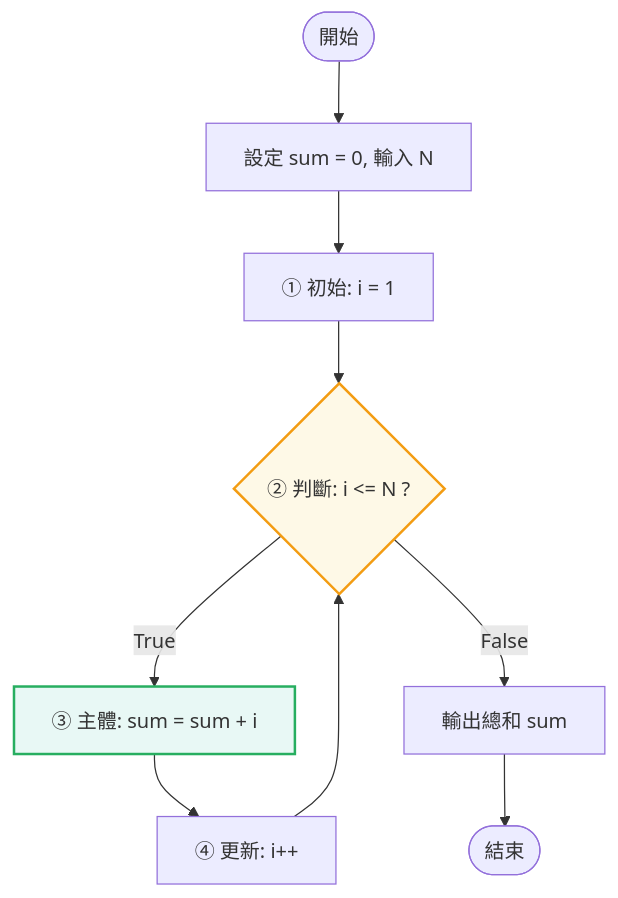
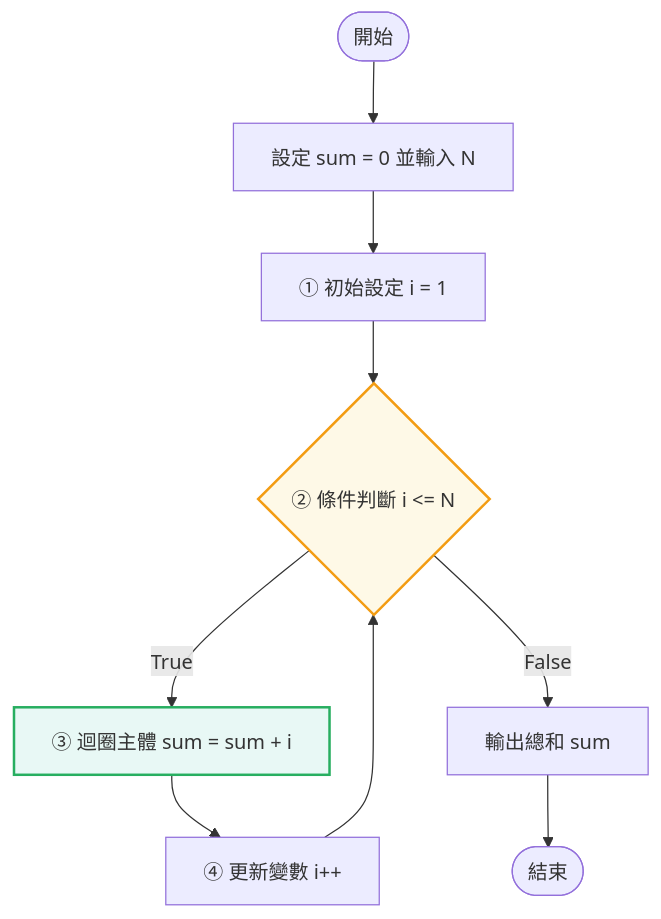
Before and after one commit to BossonYen/loop_5-1: the second of 4 diagrams in README.md, drawn with Mermaid. The commit also changed other lines of this file, not shown here.

```diff
--- a/README.md
+++ b/README.md
@@ -611,14 +588,14 @@
-                    <div class="mermaid">
-                        graph TD
-                            A([開始]) --> B["設定 sum = 0, 輸入 N"]
-                            B --> C["① 初始: i = 1"]
-                            C --> D{"② 判斷: i <= N ?"}
-                            D -- "True" --> E["③ 主體: sum = sum + i"]
-                            E --> F["④ 更新: i++"]
-                            F --> D
-                            D -- "False" --> G["輸出總和 sum"]
-                            G --> H([結束])
-                            
-                            style E fill:#e8f8f5,stroke:#27ae60,stroke-width:2px
-                            style D fill:#fef9e7,stroke:#f39c12,stroke-width:2px
+                    <div class="mermaid notranslate">
+flowchart TD
+    A(["開始"]) --> B["設定 sum = 0 並輸入 N"]
+    B --> C["① 初始設定 i = 1"]
+    C --> D{"② 條件判斷 i &lt;= N"}
+    D -- "True" --> E["③ 迴圈主體 sum = sum + i"]
+    E --> F["④ 更新變數 i++"]
+    F --> D
+    D -- "False" --> G["輸出總和 sum"]
+    G --> H(["結束"])
+
+    style E fill:#e8f8f5,stroke:#27ae60,stroke-width:2px
+    style D fill:#fef9e7,stroke:#f39c12,stroke-width:2px
                     </div>
```
